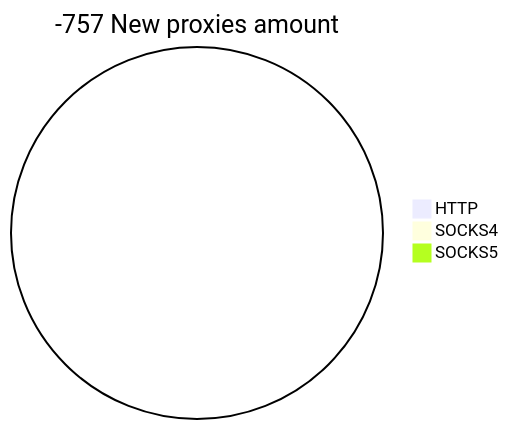
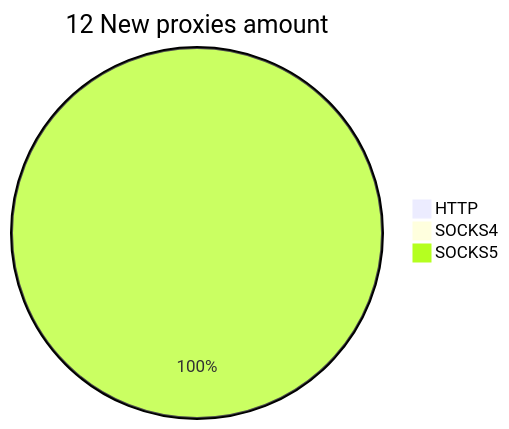
One commit to cutipu/proxylist changed the second of 2 diagrams in README.md. Above: the diagram before and after it, drawn with Mermaid. The commit also changed other lines of this file, not shown here.

````diff
--- a/README.md
+++ b/README.md
@@ -10,6 +10,6 @@
 ```mermaid
-pie title -757 New proxies amount
+pie title 12 New proxies amount
     "HTTP" : 0
     "SOCKS4" : 0
-    "SOCKS5" : 0
+    "SOCKS5" : 34
 ```
````
